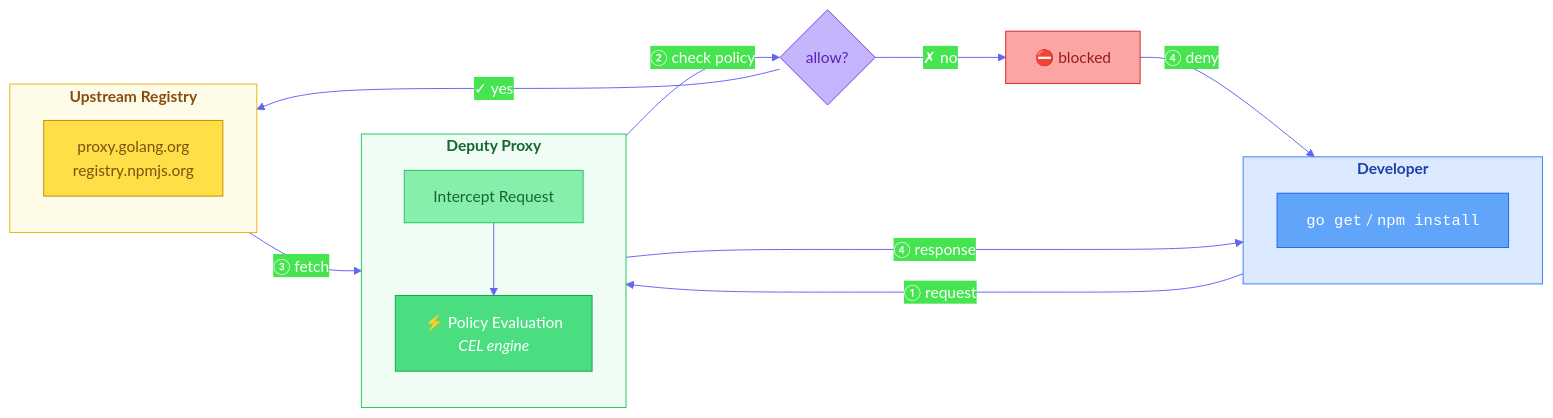
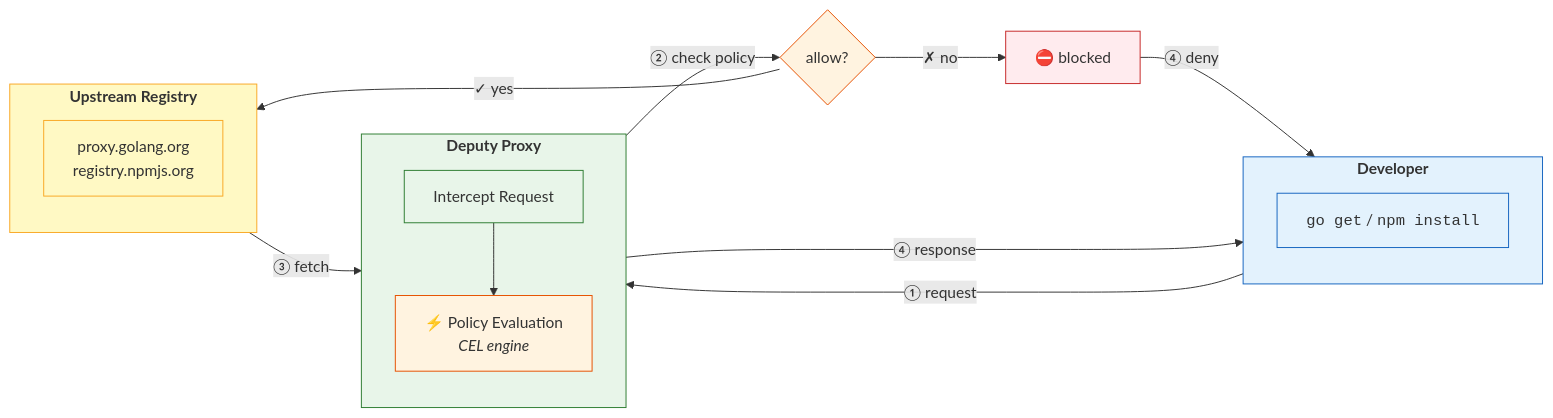
Before and after one commit to temporalio/deputy: the second of 2 diagrams in AGENTS.md, drawn with Mermaid. The commit also changed other lines of this file and 38 other files, not shown here.

````diff
--- a/AGENTS.md
+++ b/AGENTS.md
@@ -97,40 +79,39 @@
 ```mermaid
-%%{init: {'theme': 'base', 'themeVariables': { 'primaryColor': '#4f46e5', 'primaryTextColor': '#fff', 'lineColor': '#6366f1', 'fontFamily': 'ui-sans-serif, system-ui, sans-serif'}}}%%
-
 flowchart LR
     subgraph Developer["<b>Developer</b>"]
         direction TB
         cmd["<tt>go get</tt> / <tt>npm install</tt>"]
     end
 
     subgraph Proxy["<b>Deputy Proxy</b>"]
         direction TB
         intercept["Intercept Request"]
         eval["⚡ Policy Evaluation<br/><i>CEL engine</i>"]
         intercept --> eval
     end
 
     subgraph Upstream["<b>Upstream Registry</b>"]
         direction TB
         registry["proxy.golang.org<br/>registry.npmjs.org"]
     end
 
     cmd -->|"① request"| intercept
     eval -->|"② check policy"| decision{allow?}
     decision -->|"✓ yes"| registry
     registry -->|"③ fetch"| Proxy
     Proxy -->|"④ response"| cmd
     decision -->|"✗ no"| blocked["⛔ blocked"]
     blocked -->|"④ deny"| cmd
 
-    style Developer fill:#dbeafe,stroke:#3b82f6,color:#1e40af
-    style Proxy fill:#f0fdf4,stroke:#22c55e,color:#166534
-    style Upstream fill:#fefce8,stroke:#eab308,color:#854d0e
-    
-    style cmd fill:#60a5fa,stroke:#2563eb,color:#fff
-    style intercept fill:#86efac,stroke:#22c55e,color:#166534
-    style eval fill:#4ade80,stroke:#16a34a,color:#fff
-    style registry fill:#fde047,stroke:#ca8a04,color:#854d0e
-    style decision fill:#c4b5fd,stroke:#7c3aed,color:#5b21b6
-    style blocked fill:#fca5a5,stroke:#dc2626,color:#991b1b
+    classDef source fill:#e3f2fd,stroke:#1565c0
+    classDef process fill:#e8f5e9,stroke:#2e7d32
+    classDef control fill:#fff3e0,stroke:#e65100
+    classDef external fill:#fff9c4,stroke:#f9a825
+    classDef risk fill:#ffebee,stroke:#c62828
+
+    class Developer,cmd source
+    class Proxy,intercept process
+    class eval,decision control
+    class Upstream,registry external
+    class blocked risk
 ```
````
